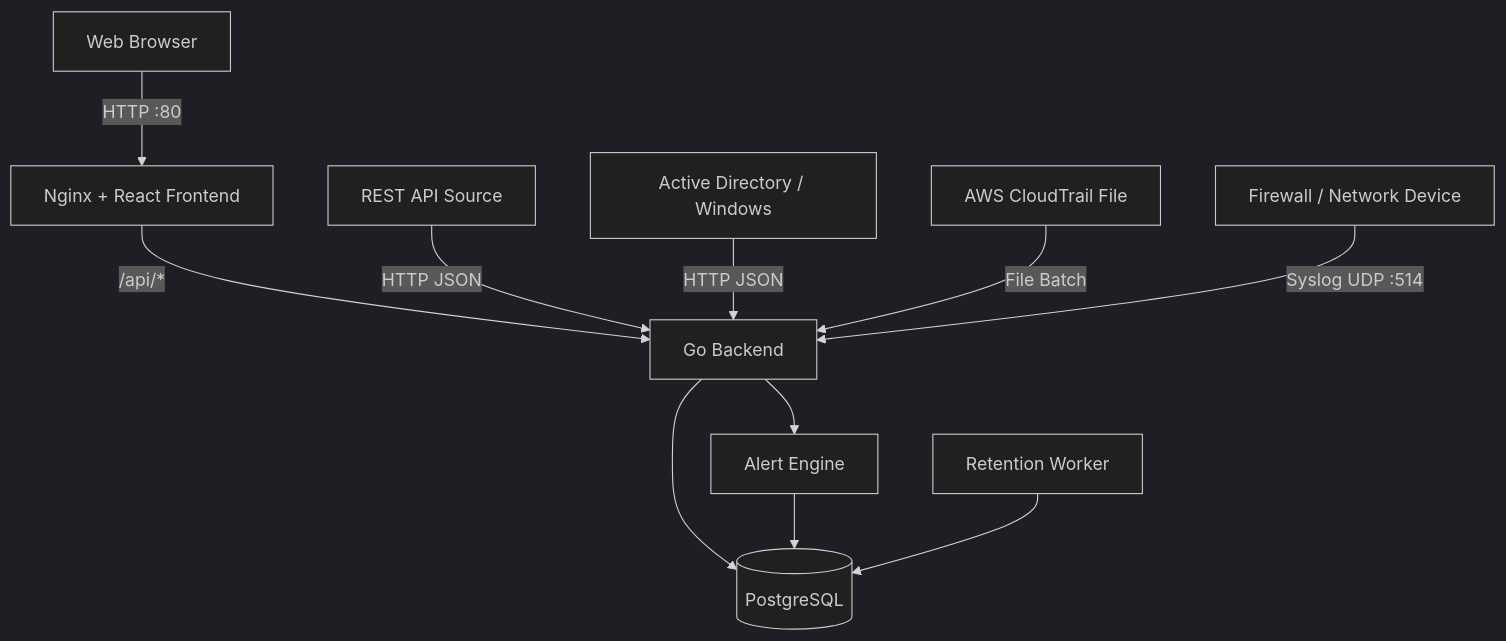
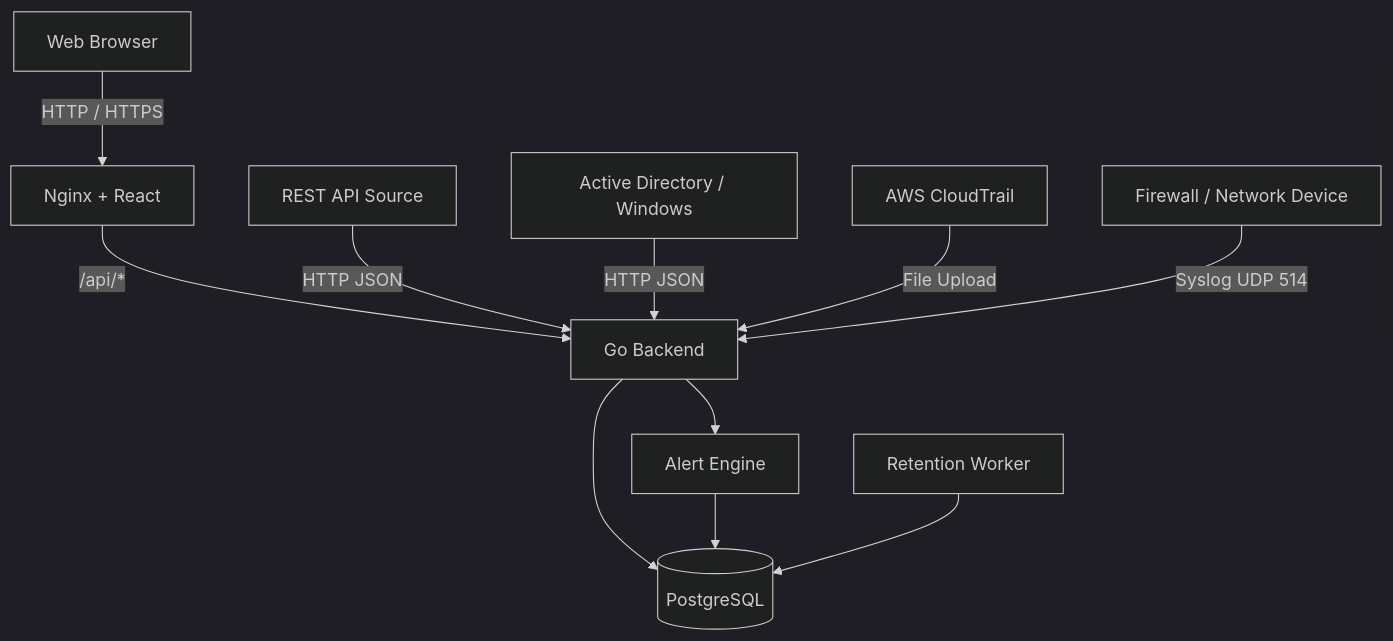
Before and after one commit to HAMLEG448/log-management-demo: the diagram in README.md, drawn with Mermaid (dark theme). The commit also changed other lines of this file and 2 other files, not shown here.

````diff
--- a/README.md
+++ b/README.md
@@ -111,30 +110,28 @@
 ```mermaid
 flowchart TD
     USER[Web Browser]
 
-    API_SOURCE[REST API Source]
-    FIREWALL[Firewall / Network Device]
+    API[REST API Source]
+    FW[Firewall / Network Device]
     AD[Active Directory / Windows]
-    AWS[AWS CloudTrail File]
+    AWS[AWS CloudTrail]
 
-    FRONTEND[Nginx + React Frontend]
+    NGINX[Nginx + React]
     BACKEND[Go Backend]
     DB[(PostgreSQL)]
     ALERT[Alert Engine]
     RETENTION[Retention Worker]
 
-    USER -->|HTTP :80| FRONTEND
-    FRONTEND -->|/api/*| BACKEND
+    USER -->|HTTP / HTTPS| NGINX
+    NGINX -->|/api/*| BACKEND
 
-    API_SOURCE -->|HTTP JSON| BACKEND
+    API -->|HTTP JSON| BACKEND
     AD -->|HTTP JSON| BACKEND
-    AWS -->|File Batch| BACKEND
-
-    FIREWALL -->|Syslog UDP :514| BACKEND
+    AWS -->|File Upload| BACKEND
+    FW -->|Syslog UDP 514| BACKEND
 
     BACKEND --> DB
     BACKEND --> ALERT
     ALERT --> DB
-
     RETENTION --> DB
 ```
````
